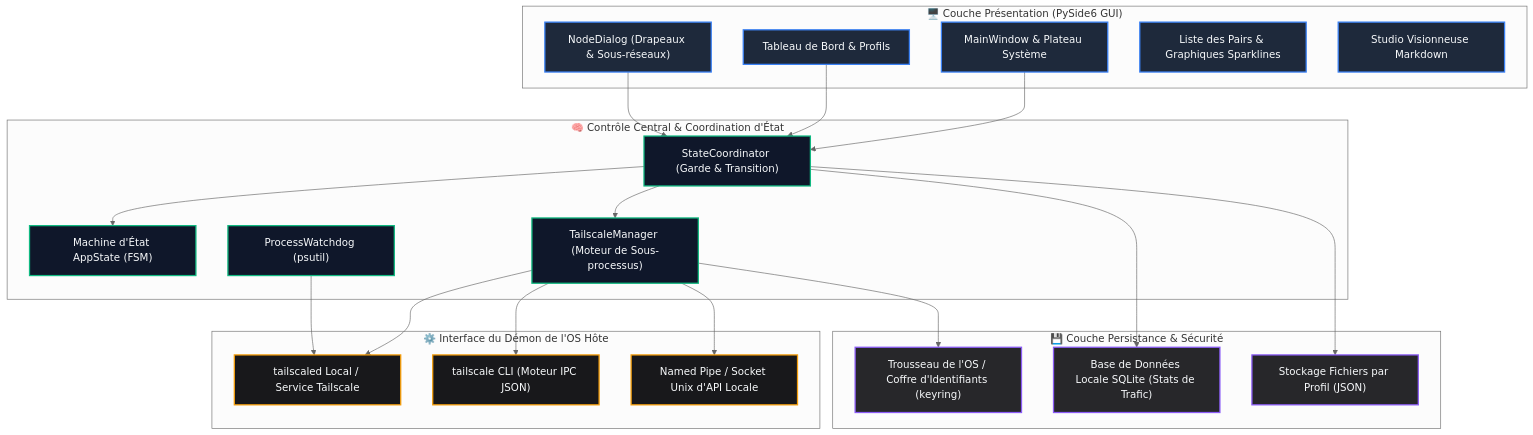
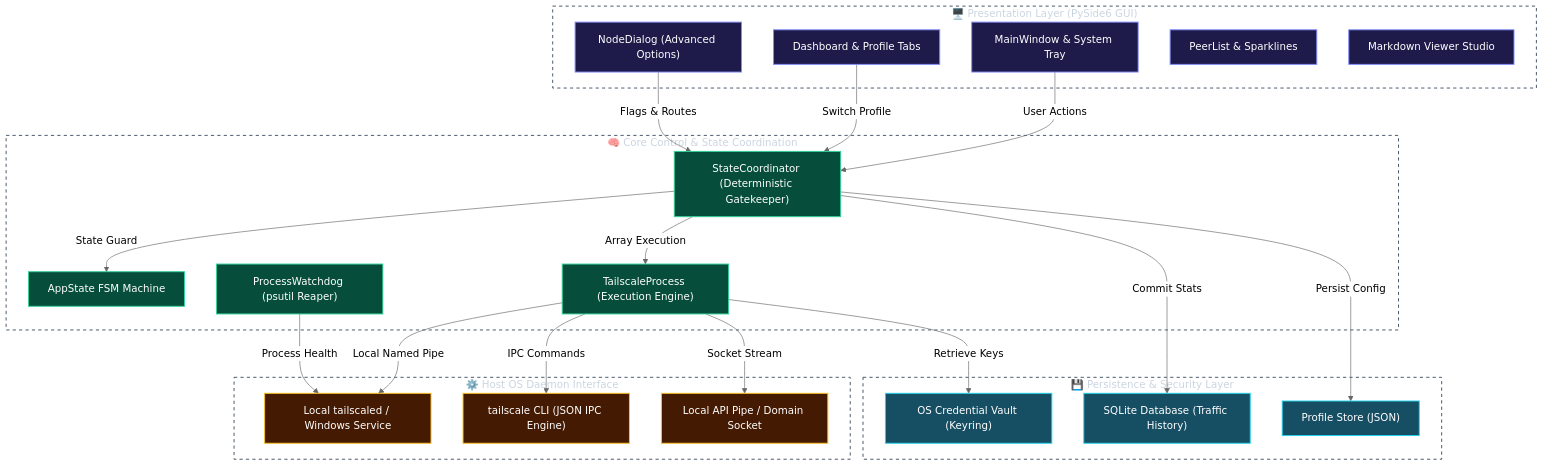
Before and after one commit to Arean82/Tailscale-Headscale-Client: the first of 3 diagrams in Docs/README_fr.md, drawn with Mermaid (neutral theme). The commit also changed other lines of this file and 3 other files, not shown here.

````diff
--- a/Docs/README_fr.md
+++ b/Docs/README_fr.md
@@ -13,49 +20,55 @@
 ```mermaid
 graph TB
-    %% Styling Classes
-    classDef uiLayer fill:#1e293b,stroke:#3b82f6,stroke-width:2px,color:#f8fafc;
-    classDef coordLayer fill:#0f172a,stroke:#10b981,stroke-width:2px,color:#f8fafc;
-    classDef daemonLayer fill:#18181b,stroke:#f59e0b,stroke-width:2px,color:#f8fafc;
-    classDef storageLayer fill:#27272a,stroke:#8b5cf6,stroke-width:2px,color:#f8fafc;
+    %% Explicit Node Styling - Colors ONLY on Nodes
+    classDef uiNode fill:#1e1b4b,stroke:#818cf8,stroke-width:1.5px,color:#ffffff;
+    classDef coordNode fill:#064e3b,stroke:#34d399,stroke-width:1.5px,color:#ffffff;
+    classDef daemonNode fill:#451a03,stroke:#fbbf24,stroke-width:1.5px,color:#ffffff;
+    classDef storageNode fill:#164e63,stroke:#22d3ee,stroke-width:1.5px,color:#ffffff;
 
-    subgraph UI ["🖥️ Couche Présentation (PySide6 GUI)"]
-        MW["MainWindow & Plateau Système"]:::uiLayer
-        DB["Tableau de Bord & Profils"]:::uiLayer
-        ND["NodeDialog (Drapeaux & Sous-réseaux)"]:::uiLayer
-        PL["Liste des Pairs & Graphiques Sparklines"]:::uiLayer
-        RD["Studio Visionneuse Markdown"]:::uiLayer
+    %% 100% Transparent Subgraph Containers (Zero Flood Color)
+    style UI fill:none,stroke:#475569,stroke-width:1.5px,stroke-dasharray: 5 5,color:#cbd5e1;
+    style Core fill:none,stroke:#475569,stroke-width:1.5px,stroke-dasharray: 5 5,color:#cbd5e1;
+    style Daemon fill:none,stroke:#475569,stroke-width:1.5px,stroke-dasharray: 5 5,color:#cbd5e1;
+    style Storage fill:none,stroke:#475569,stroke-width:1.5px,stroke-dasharray: 5 5,color:#cbd5e1;
+
+    subgraph UI ["🖥️ Presentation Layer (PySide6 GUI)"]
+        MW["MainWindow & System Tray"]:::uiNode
+        DB["Dashboard & Profile Tabs"]:::uiNode
+        ND["NodeDialog (Advanced Options)"]:::uiNode
+        PL["PeerList & Sparklines"]:::uiNode
+        RD["Markdown Viewer Studio"]:::uiNode
     end
 
-    subgraph Core ["🧠 Contrôle Central & Coordination d'État"]
-        SC["StateCoordinator (Garde & Transition)"]:::coordLayer
-        SM["Machine d'État AppState (FSM)"]:::coordLayer
-        TSM["TailscaleManager (Moteur de Sous-processus)"]:::coordLayer
-        WM["ProcessWatchdog (psutil)"]:::coordLayer
+    subgraph Core ["🧠 Core Control & State Coordination"]
+        SC["StateCoordinator (Deterministic Gatekeeper)"]:::coordNode
+        SM["AppState FSM Machine"]:::coordNode
+        TSM["TailscaleProcess (Execution Engine)"]:::coordNode
+        WM["ProcessWatchdog (psutil Reaper)"]:::coordNode
     end
 
-    subgraph Daemon ["⚙️ Interface du Démon de l'OS Hôte"]
-        TD["tailscaled Local / Service Tailscale"]:::daemonLayer
-        CLI["tailscale CLI (Moteur IPC JSON)"]:::daemonLayer
-        API["Named Pipe / Socket Unix d'API Locale"]:::daemonLayer
+    subgraph Daemon ["⚙️ Host OS Daemon Interface"]
+        TD["Local tailscaled / Windows Service"]:::daemonNode
+        CLI["tailscale CLI (JSON IPC Engine)"]:::daemonNode
+        API["Local API Pipe / Domain Socket"]:::daemonNode
     end
 
-    subgraph Storage ["💾 Couche Persistance & Sécurité"]
-        KR["Trousseau de l'OS / Coffre d'Identifiants (keyring)"]:::storageLayer
-        SQL["Base de Données Locale SQLite (Stats de Trafic)"]:::storageLayer
-        FS["Stockage Fichiers par Profil (JSON)"]:::storageLayer
+    subgraph Storage ["💾 Persistence & Security Layer"]
+        KR["OS Credential Vault (Keyring)"]:::storageNode
+        SQL["SQLite Database (Traffic History)"]:::storageNode
+        FS["Profile Store (JSON)"]:::storageNode
     end
 
-    %% Interconnections
-    MW --> SC
-    DB --> SC
-    ND --> SC
-    SC --> SM
-    SC --> TSM
-    TSM --> CLI
-    TSM --> TD
-    TSM --> API
-    WM --> TD
-    SC --> FS
-    TSM --> KR
-    SC --> SQL
+    %% Flow Connections
+    MW -->|User Actions| SC
+    DB -->|Switch Profile| SC
+    ND -->|Flags & Routes| SC
+    SC -->|State Guard| SM
+    SC -->|Array Execution| TSM
+    TSM -->|IPC Commands| CLI
+    TSM -->|Local Named Pipe| TD
+    TSM -->|Socket Stream| API
+    WM -->|Process Health| TD
+    SC -->|Persist Config| FS
+    TSM -->|Retrieve Keys| KR
+    SC -->|Commit Stats| SQL
 ```
````
